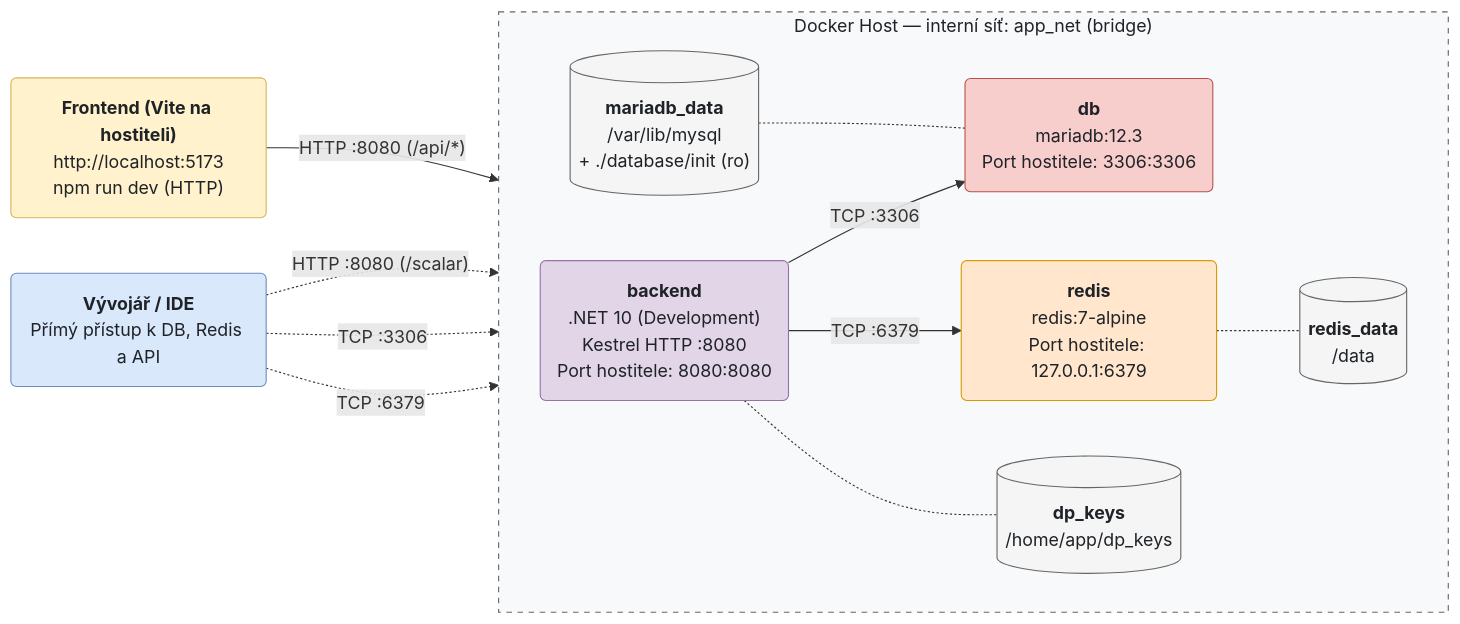
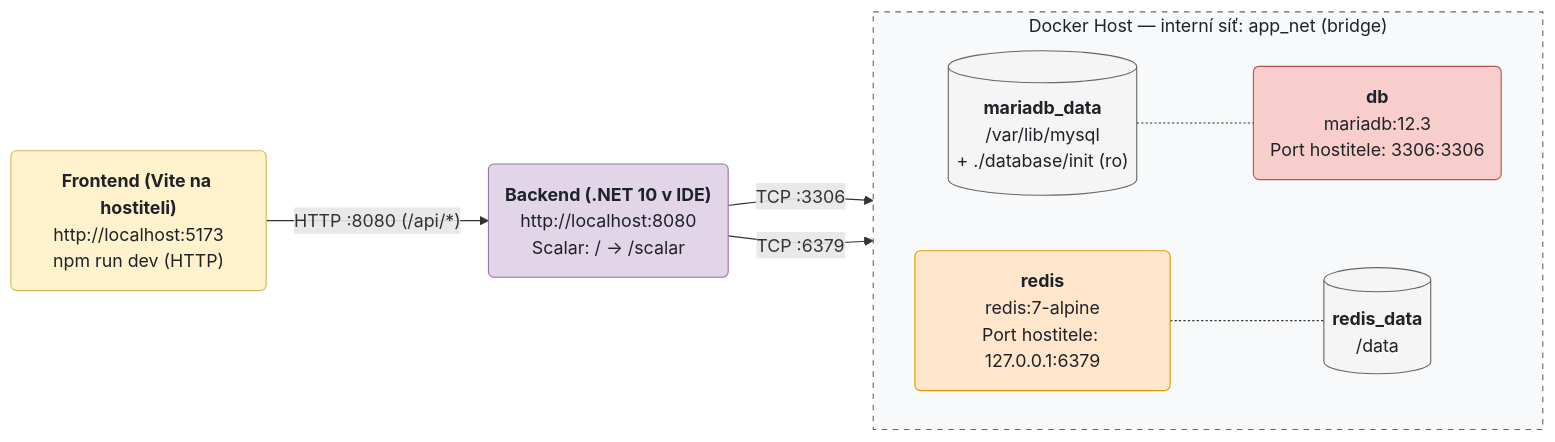
One commit to Trpkadev/NNPRO changed the first of 4 diagrams in README.md. Above: the diagram before and after it, drawn with Mermaid. The commit also changed other lines of this file and 10 other files, not shown here.

````diff
--- a/README.md
+++ b/README.md
@@ -55,35 +52,28 @@
 ```mermaid
 flowchart LR
     vite("<b>Frontend (Vite na hostiteli)</b><br/>http://localhost:5173<br/>npm run dev (HTTP)"):::frontend
-    ide("<b>Vývojář / IDE</b><br/>Přímý přístup k DB, Redis a API"):::client
+    backend("<b>Backend (.NET 10 v IDE)</b><br/>http://localhost:8080<br/>Scalar: / -> /scalar"):::backend
 
     subgraph app_net["Docker Host — interní síť: app_net (bridge)"]
         direction LR
-        backend("<b>backend</b><br/>.NET 10 (Development)<br/>Kestrel HTTP :8080<br/>Port hostitele: 8080:8080"):::backend
         db("<b>db</b><br/>mariadb:12.3<br/>Port hostitele: 3306:3306"):::db
         redis("<b>redis</b><br/>redis:7-alpine<br/>Port hostitele: 127.0.0.1:6379"):::redis
 
-        dp_keys[("<b>dp_keys</b><br/>/home/app/dp_keys")]:::vol
         mariadb_data[("<b>mariadb_data</b><br/>/var/lib/mysql<br/>+ ./database/init (ro)")]:::vol
         redis_data[("<b>redis_data</b><br/>/data")]:::vol
 
-        backend -->|"TCP :3306"| db
-        backend -->|"TCP :6379"| redis
-        backend -.- dp_keys
         mariadb_data -.- db
         redis -.- redis_data
     end
 
     vite -->|"HTTP :8080 (/api/*)"| backend
-    ide -.->|"HTTP :8080 (/scalar)"| backend
-    ide -.->|"TCP :3306"| db
-    ide -.->|"TCP :6379"| redis
+    backend -->|"TCP :3306"| db
+    backend -->|"TCP :6379"| redis
 
     style app_net fill:#f8f9fa,stroke:#666666,stroke-dasharray: 5 5,color:#1f2328
-    classDef client fill:#dae8fc,stroke:#6c8ebf,color:#1f2328
     classDef frontend fill:#fff2cc,stroke:#d6b656,color:#1f2328
     classDef backend fill:#e1d5e7,stroke:#9673a6,color:#1f2328
     classDef db fill:#f8cecc,stroke:#b85450,color:#1f2328
     classDef redis fill:#ffe6cc,stroke:#d79b00,color:#1f2328
     classDef vol fill:#f5f5f5,stroke:#666666,color:#1f2328
 ```
````
